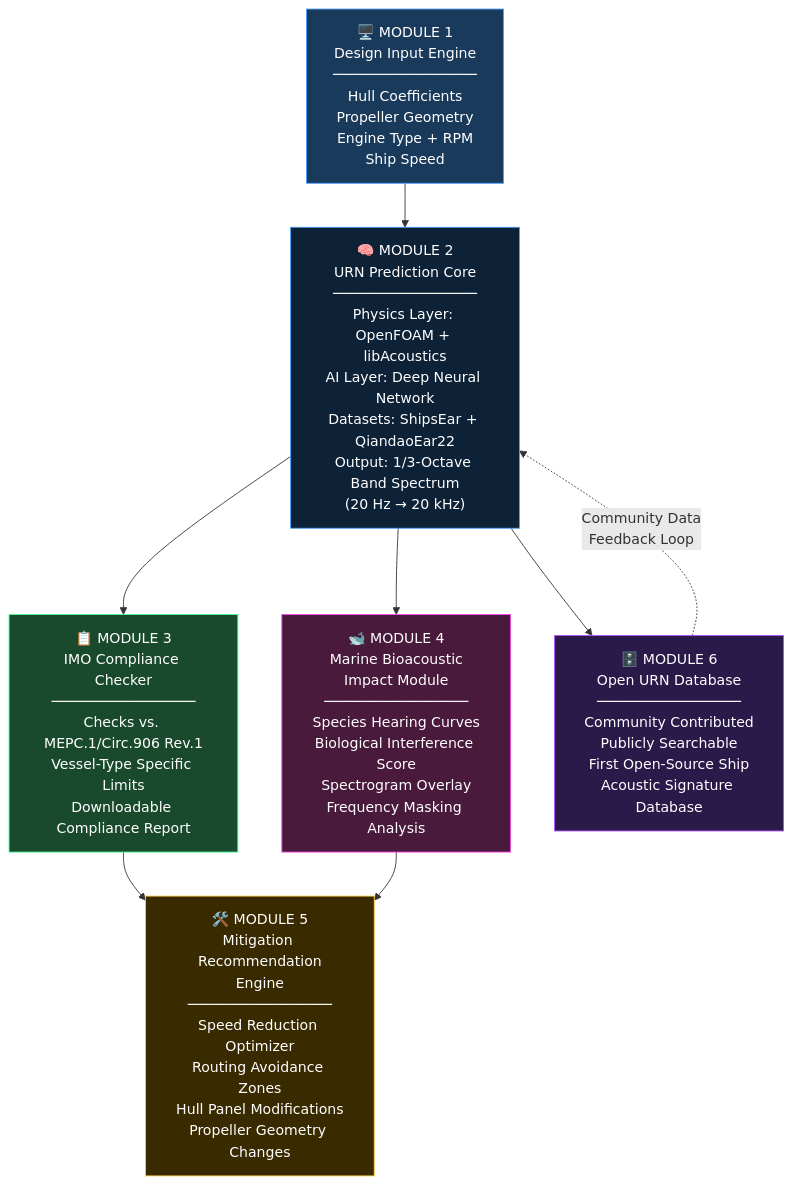
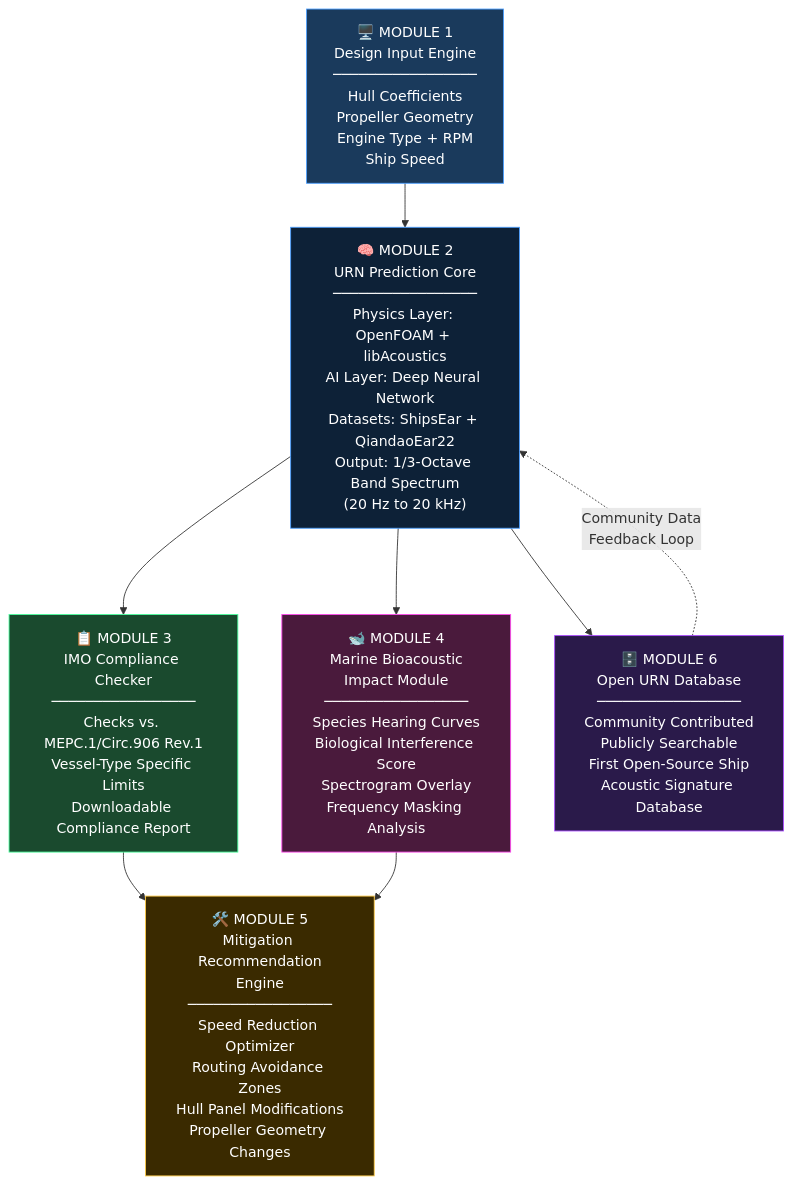
Before and after one commit to deringeorge-nebula/SONARIS: the diagram in README.md, drawn with Mermaid. The commit also changed other lines of this file, not shown here.

````diff
--- a/README.md
+++ b/README.md
@@ -71,25 +69,25 @@
 ```mermaid
 flowchart TD
     A["🖥️ MODULE 1\nDesign Input Engine\n─────────────────\nHull Coefficients\nPropeller Geometry\nEngine Type + RPM\nShip Speed"] --> B
 
-    B["🧠 MODULE 2\nURN Prediction Core\n─────────────────\nPhysics Layer: OpenFOAM + libAcoustics\nAI Layer: Deep Neural Network\nDatasets: ShipsEar + QiandaoEar22\nOutput: 1/3-Octave Band Spectrum\n(20 Hz → 20 kHz)"]
+    B["🧠 MODULE 2\nURN Prediction Core\n─────────────────\nPhysics Layer: OpenFOAM + libAcoustics\nAI Layer: Deep Neural Network\nDatasets: ShipsEar + QiandaoEar22\nOutput: 1/3-Octave Band Spectrum\n(20 Hz to 20 kHz)"]
 
     B --> C["📋 MODULE 3\nIMO Compliance Checker\n─────────────────\nChecks vs. MEPC.1/Circ.906 Rev.1\nVessel-Type Specific Limits\nDownloadable Compliance Report"]
 
     B --> D["🐋 MODULE 4\nMarine Bioacoustic\nImpact Module\n─────────────────\nSpecies Hearing Curves\nBiological Interference Score\nSpectrogram Overlay\nFrequency Masking Analysis"]
 
     C --> E["🛠️ MODULE 5\nMitigation Recommendation\nEngine\n─────────────────\nSpeed Reduction Optimizer\nRouting Avoidance Zones\nHull Panel Modifications\nPropeller Geometry Changes"]
 
     D --> E
 
     B --> F["🗄️ MODULE 6\nOpen URN Database\n─────────────────\nCommunity Contributed\nPublicly Searchable\nFirst Open-Source Ship\nAcoustic Signature Database"]
 
     F -.->|"Community Data\nFeedback Loop"| B
 
     style A fill:#1a3a5c,color:#fff,stroke:#4a9eff
     style B fill:#0d2137,color:#fff,stroke:#4a9eff
     style C fill:#1a4a2e,color:#fff,stroke:#4aff9e
     style D fill:#4a1a3c,color:#fff,stroke:#ff4aee
     style E fill:#3a2a00,color:#fff,stroke:#ffcc4a
     style F fill:#2a1a4a,color:#fff,stroke:#aa4aff
 ```
````
